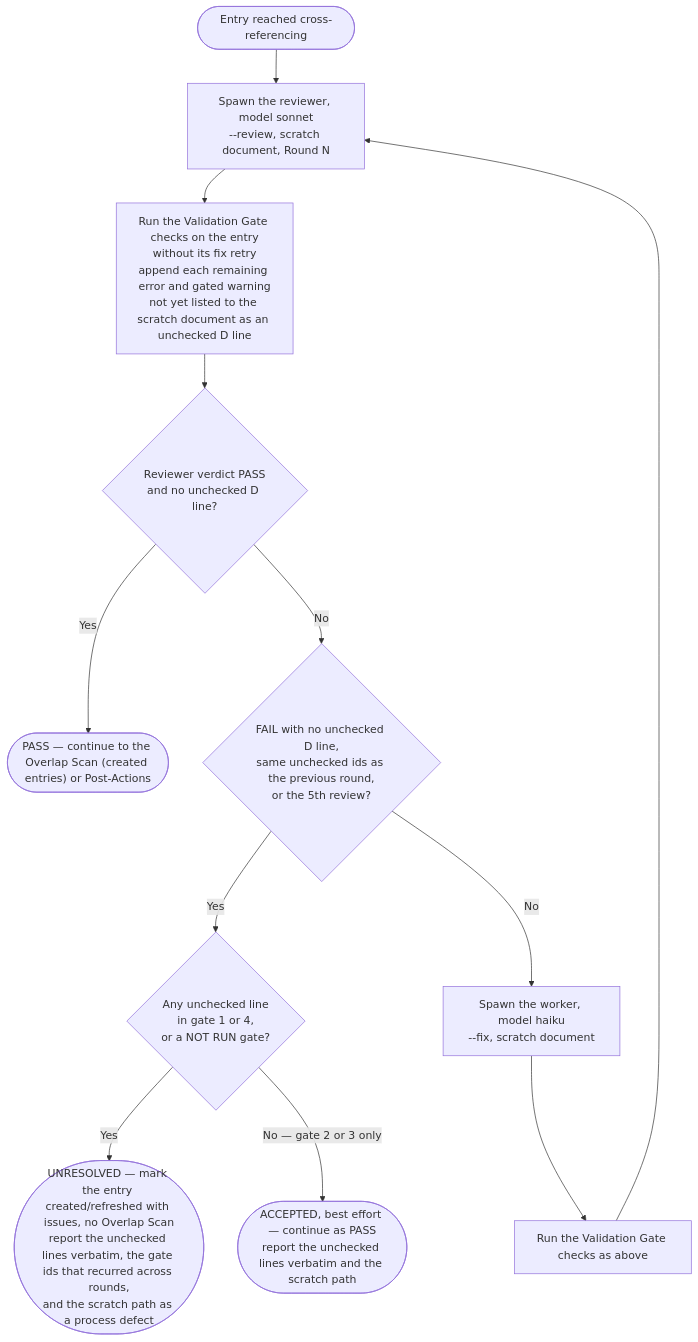
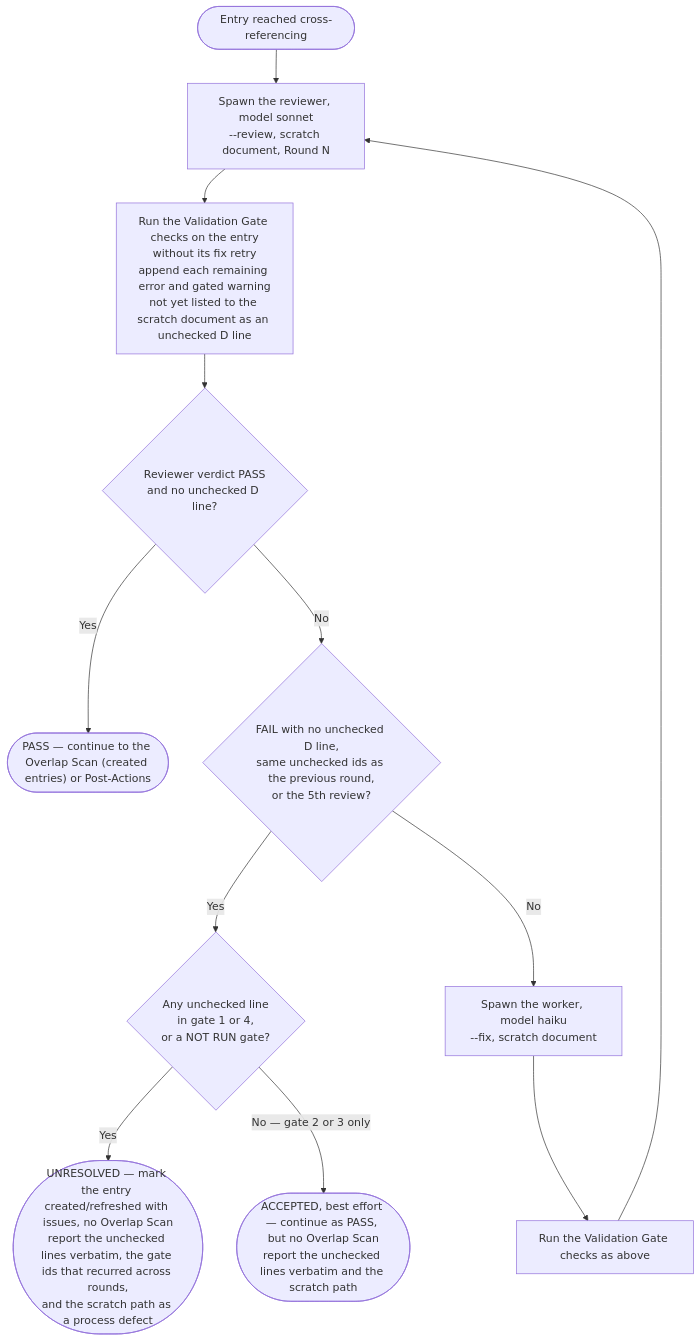
The fourth of 4 diagrams in .claude/skills/research-curator/SKILL.md (Jamie-BitFlight/claude_skills), drawn with Mermaid before and after one commit. The commit also changed other lines of this file and 1 other file, not shown here.

First line of the commit message:
fix(research-curator): skip the Overlap Scan for best-effort entries

````diff
--- a/.claude/skills/research-curator/SKILL.md
+++ b/.claude/skills/research-curator/SKILL.md
@@ -282,14 +282,14 @@
 ```mermaid
 flowchart TD
     Start(["Entry reached cross-referencing"]) --> Review["Spawn the reviewer, model sonnet<br>--review, scratch document, Round N"]
     Review --> Gate["Run the Validation Gate checks on the entry<br>without its fix retry<br>append each remaining error and gated warning<br>not yet listed to the scratch document as an unchecked D line"]
     Gate --> Q{"Reviewer verdict PASS<br>and no unchecked D line?"}
     Q -->|"Yes"| Pass(["PASS — continue to the Overlap Scan (created entries) or Post-Actions"])
     Q -->|"No"| Stop{"FAIL with no unchecked D line,<br>same unchecked ids as the previous round,<br>or the 5th review?"}
     Stop -->|"Yes"| Kind{"Any unchecked line<br>in gate 1 or 4,<br>or a NOT RUN gate?"}
     Kind -->|"Yes"| Unresolved(["UNRESOLVED — mark the entry created/refreshed with issues, no Overlap Scan<br>report the unchecked lines verbatim, the gate ids that recurred across rounds,<br>and the scratch path as a process defect"])
-    Kind -->|"No — gate 2 or 3 only"| Accepted(["ACCEPTED, best effort — continue as PASS<br>report the unchecked lines verbatim and the scratch path"])
+    Kind -->|"No — gate 2 or 3 only"| Accepted(["ACCEPTED, best effort — continue as PASS, but no Overlap Scan<br>report the unchecked lines verbatim and the scratch path"])
     Stop -->|"No"| Fix["Spawn the worker, model haiku<br>--fix, scratch document"]
     Fix --> Gate2["Run the Validation Gate checks as above"]
     Gate2 --> Review
 ```
````
